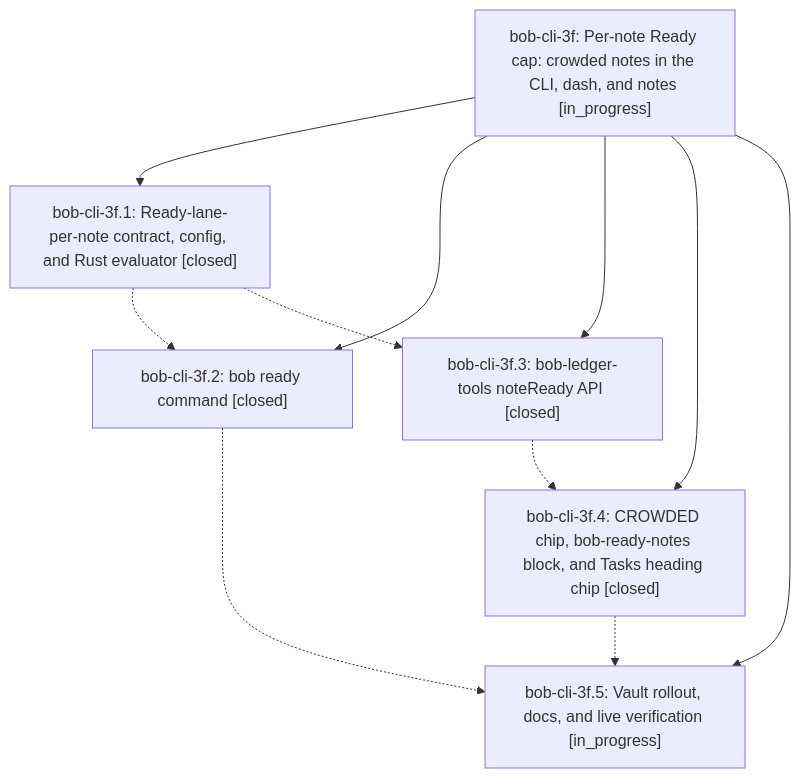
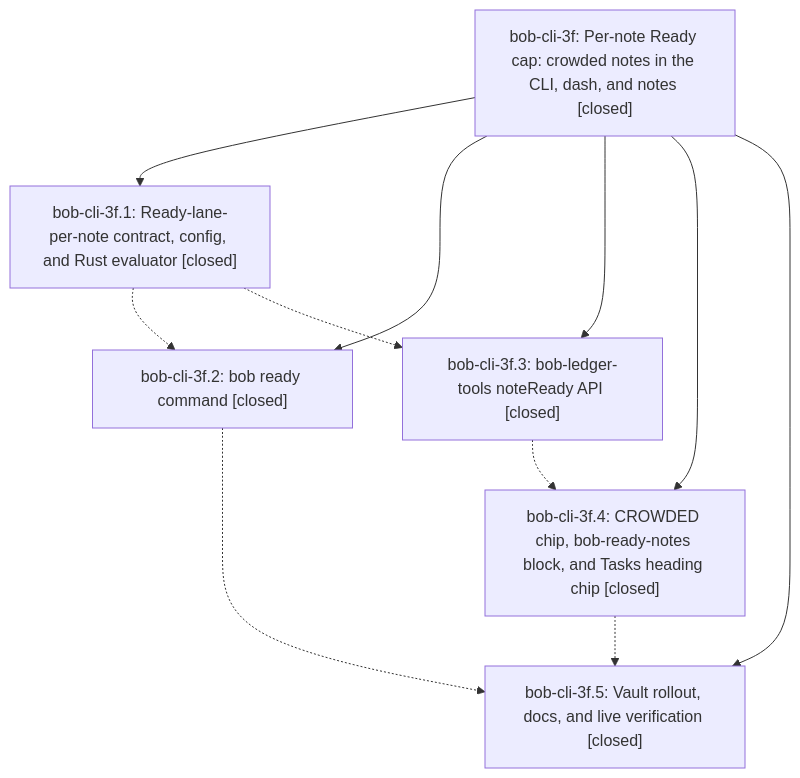
Before and after one commit to bobs-org/bob-cli--beads: the diagram in pages/bob-cli-3f/README.md, drawn with Mermaid. The commit also changed other lines of this file and 3 other files, not shown here.

First line of the commit message:
chore(beads): sync bead state and pages for bob-cli-3f

````diff
--- a/pages/bob-cli-3f/README.md
+++ b/pages/bob-cli-3f/README.md
@@ -26,19 +63,19 @@
 ```mermaid
 flowchart TD
-    n0["bob-cli-3f: Per-note Ready cap: crowded notes in the CLI, dash, and notes [in_progress]"]
+    n0["bob-cli-3f: Per-note Ready cap: crowded notes in the CLI, dash, and notes [closed]"]
     n1["bob-cli-3f.1: Ready-lane-per-note contract, config, and Rust evaluator [closed]"]
     n2["bob-cli-3f.2: bob ready command [closed]"]
     n3["bob-cli-3f.3: bob-ledger-tools noteReady API [closed]"]
     n4["bob-cli-3f.4: CROWDED chip, bob-ready-notes block, and Tasks heading chip [closed]"]
-    n5["bob-cli-3f.5: Vault rollout, docs, and live verification [in_progress]"]
+    n5["bob-cli-3f.5: Vault rollout, docs, and live verification [closed]"]
     n0 --> n1
     n0 --> n2
     n0 --> n3
     n0 --> n4
     n0 --> n5
     n1 -.-> n2
     n1 -.-> n3
     n2 -.-> n5
     n3 -.-> n4
     n4 -.-> n5
 ```
````
